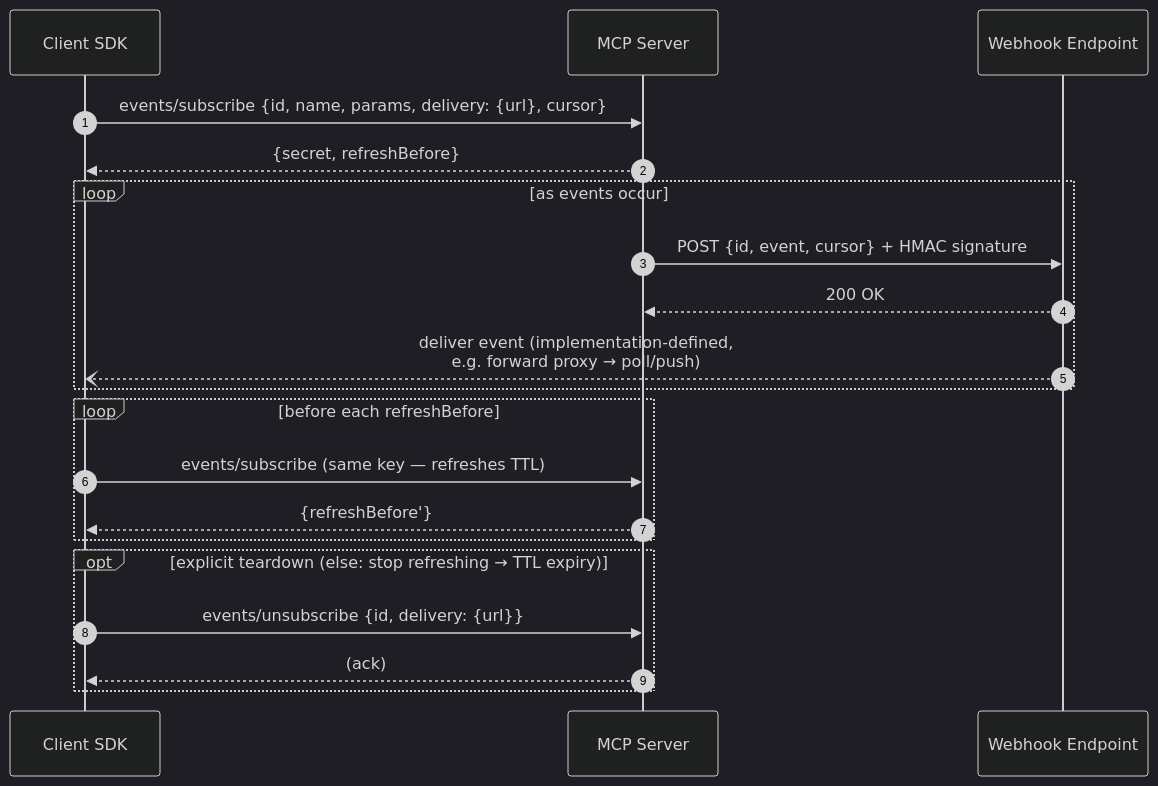
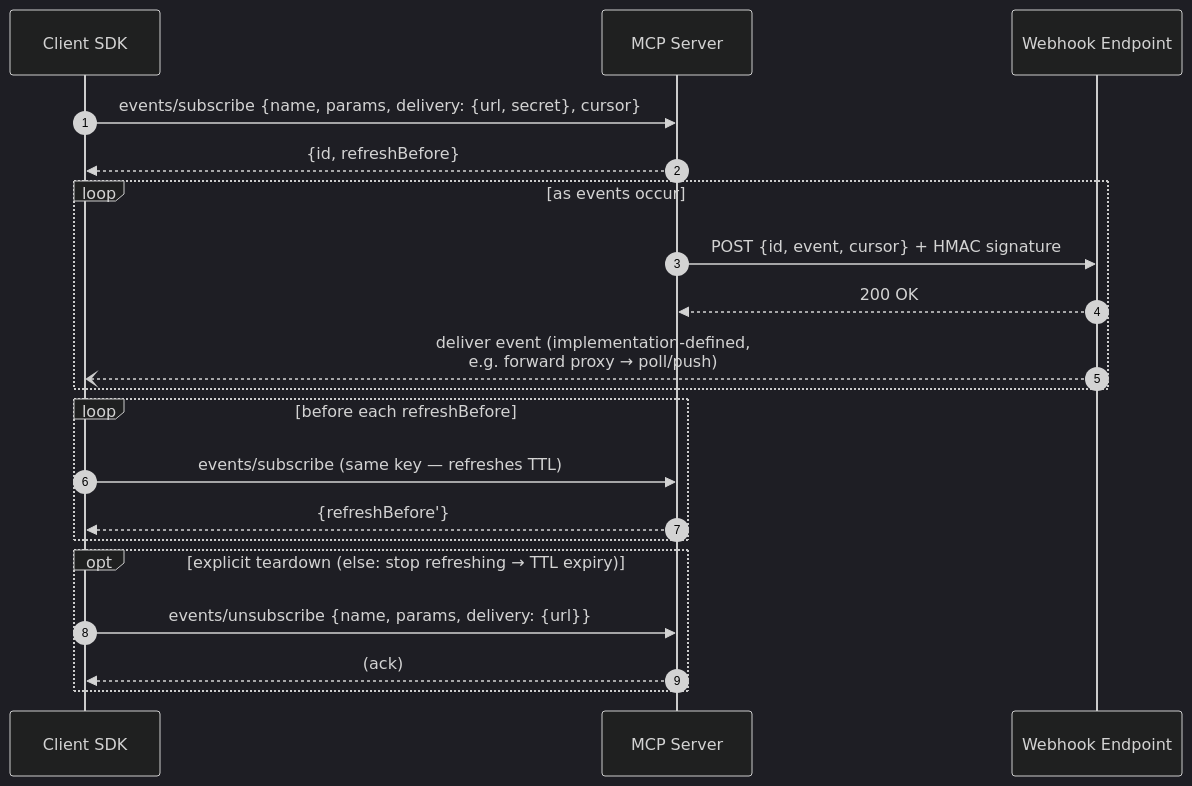
Before and after one commit to modelcontextprotocol/experimental-ext-triggers-events: the third of 4 diagrams in docs/design-sketch-proposal.md, drawn with Mermaid (dark theme). The commit also changed other lines of this file, not shown here.

First line of the commit message:
Revise Events design sketch: Standard Webhooks, client-supplied secret, tuple-based identity

````diff
--- a/docs/design-sketch-proposal.md
+++ b/docs/design-sketch-proposal.md
@@ -294,23 +294,23 @@
 ```mermaid
 sequenceDiagram
     autonumber
     participant SDK as Client SDK
     participant Server as MCP Server
     participant Hook as Webhook Endpoint
 
-    SDK->>Server: events/subscribe {id, name, params, delivery: {url}, cursor}
-    Server-->>SDK: {secret, refreshBefore}
+    SDK->>Server: events/subscribe {name, params, delivery: {url, secret}, cursor}
+    Server-->>SDK: {id, refreshBefore}
     loop as events occur
         Server->>Hook: POST {id, event, cursor} + HMAC signature
         Hook-->>Server: 200 OK
         Hook--)SDK: deliver event (implementation-defined,<br/>e.g. forward proxy → poll/push)
     end
     loop before each refreshBefore
         SDK->>Server: events/subscribe (same key — refreshes TTL)
         Server-->>SDK: {refreshBefore'}
     end
     opt explicit teardown (else: stop refreshing → TTL expiry)
-        SDK->>Server: events/unsubscribe {id, delivery: {url}}
+        SDK->>Server: events/unsubscribe {name, params, delivery: {url}}
         Server-->>SDK: (ack)
     end
 ```
````
